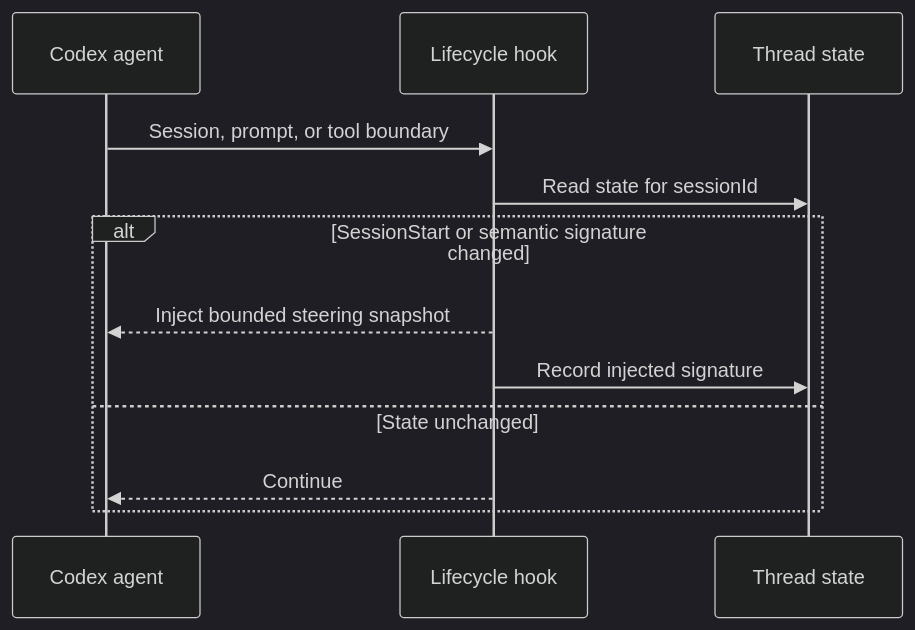
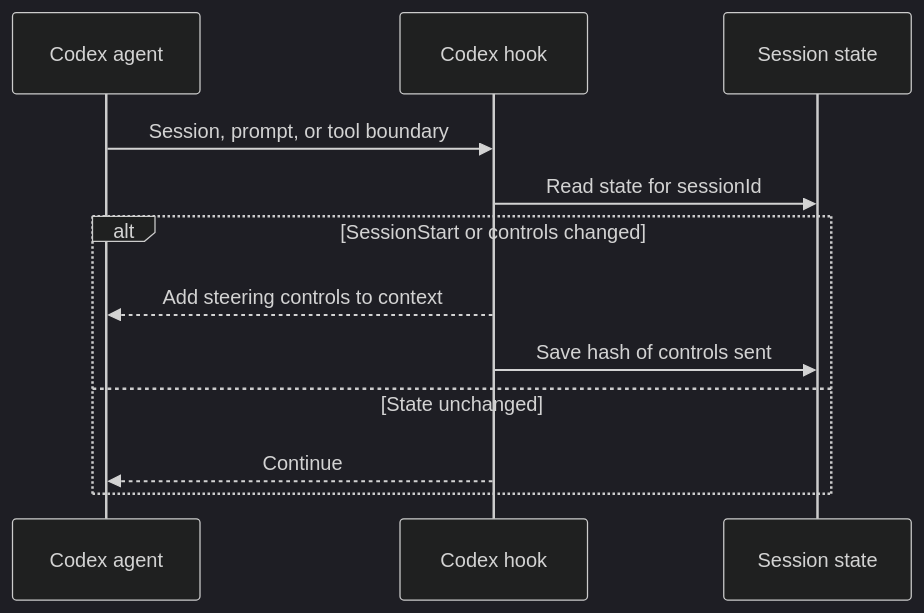
The second of 2 diagrams in README.md (pirate/agent-structured-steering), drawn with Mermaid (dark theme) before and after one commit. The commit also changed other lines of this file, not shown here.

````diff
--- a/README.md
+++ b/README.md
@@ -152,14 +150,14 @@
 ```mermaid
 sequenceDiagram
     participant A as Codex agent
-    participant H as Lifecycle hook
-    participant S as Thread state
+    participant H as Codex hook
+    participant S as Session state
     A->>H: Session, prompt, or tool boundary
     H->>S: Read state for sessionId
-    alt SessionStart or semantic signature changed
-        H-->>A: Inject bounded steering snapshot
-        H->>S: Record injected signature
+    alt SessionStart or controls changed
+        H-->>A: Add steering controls to context
+        H->>S: Save hash of controls sent
     else State unchanged
         H-->>A: Continue
     end
 ```
````
